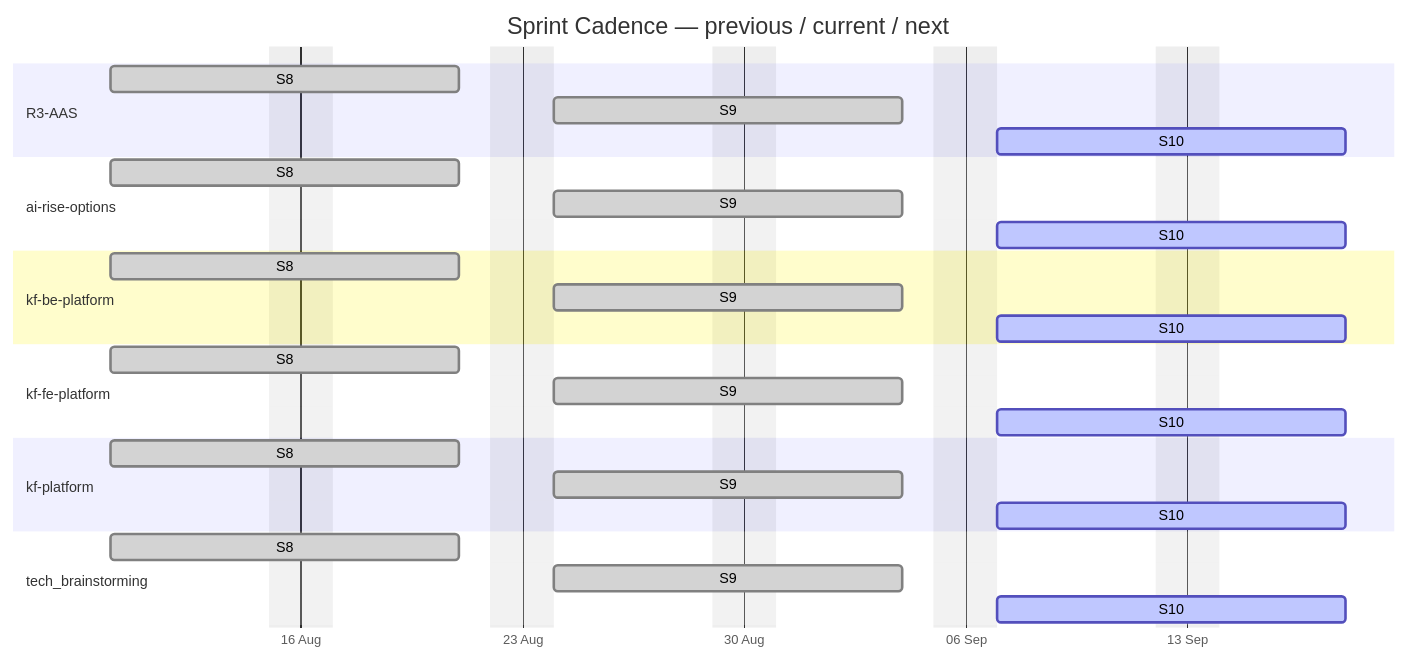
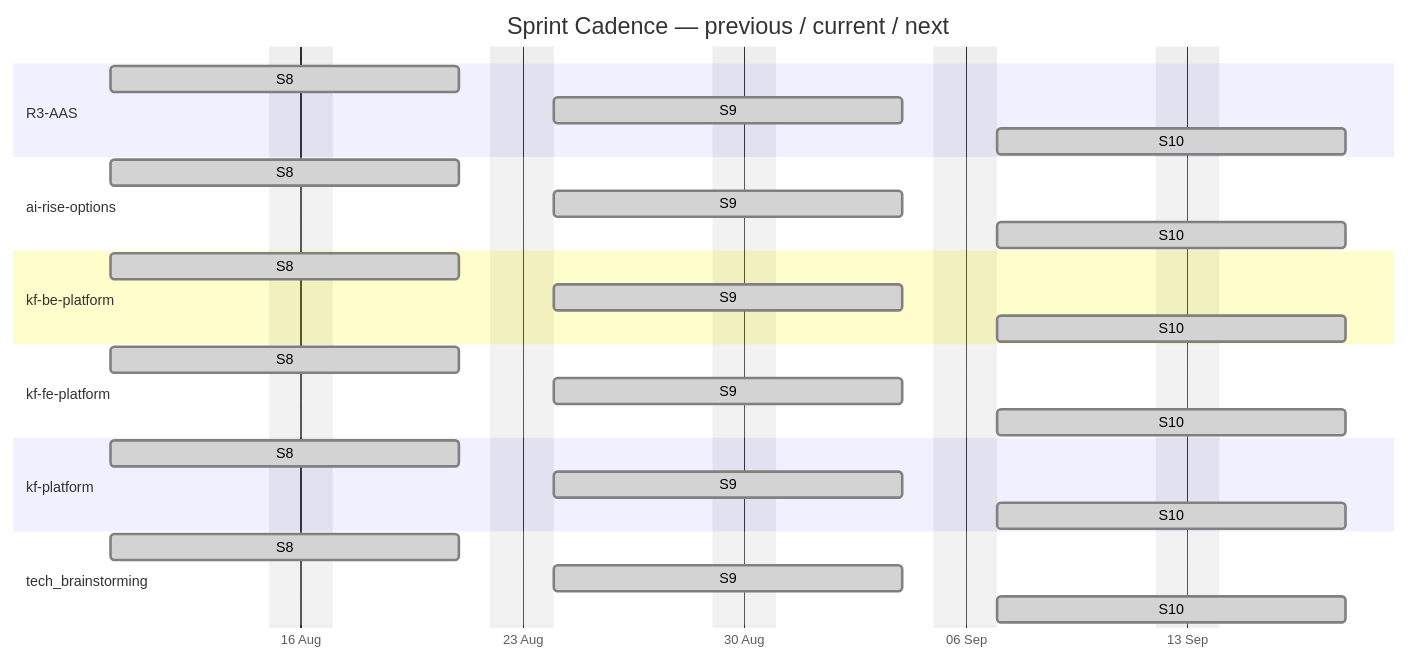
The first of 4 diagrams in docs/agile-sprints.md (Katty-Fashion/kf-cpto), drawn with Mermaid before and after one commit. The commit also changed other lines of this file and 15 other files, not shown here.

````diff
--- a/docs/agile-sprints.md
+++ b/docs/agile-sprints.md
@@ -12,32 +12,32 @@
 ```mermaid
 gantt
     title Sprint Cadence — previous / current / next
     dateFormat YYYY-MM-DD
     axisFormat %d %b
     excludes weekends
 
     section R3-AAS
     S8 :done, 2026-08-10, 2026-08-21
     S9 :done, 2026-08-24, 2026-09-04
-    S10 :active, 2026-09-07, 2026-09-18
+    S10 :done, 2026-09-07, 2026-09-18
     section ai-rise-options
     S8 :done, 2026-08-10, 2026-08-21
     S9 :done, 2026-08-24, 2026-09-04
-    S10 :active, 2026-09-07, 2026-09-18
+    S10 :done, 2026-09-07, 2026-09-18
     section kf-be-platform
     S8 :done, 2026-08-10, 2026-08-21
     S9 :done, 2026-08-24, 2026-09-04
-    S10 :active, 2026-09-07, 2026-09-18
+    S10 :done, 2026-09-07, 2026-09-18
     section kf-fe-platform
     S8 :done, 2026-08-10, 2026-08-21
     S9 :done, 2026-08-24, 2026-09-04
-    S10 :active, 2026-09-07, 2026-09-18
+    S10 :done, 2026-09-07, 2026-09-18
     section kf-platform
     S8 :done, 2026-08-10, 2026-08-21
     S9 :done, 2026-08-24, 2026-09-04
-    S10 :active, 2026-09-07, 2026-09-18
+    S10 :done, 2026-09-07, 2026-09-18
     section tech_brainstorming
     S8 :done, 2026-08-10, 2026-08-21
     S9 :done, 2026-08-24, 2026-09-04
-    S10 :active, 2026-09-07, 2026-09-18
+    S10 :done, 2026-09-07, 2026-09-18
 ```
````
